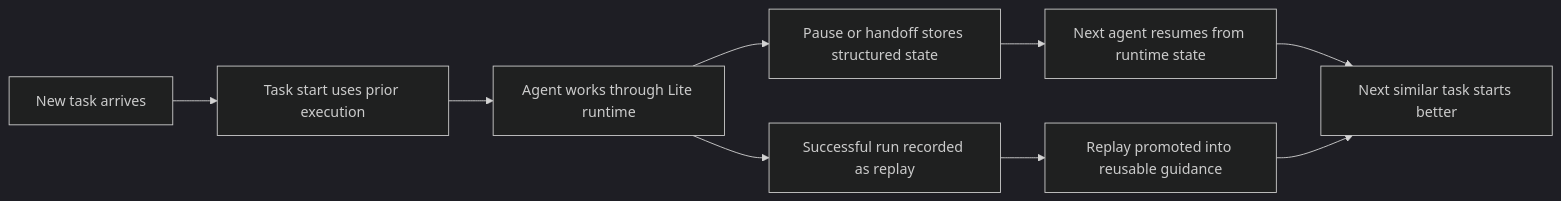
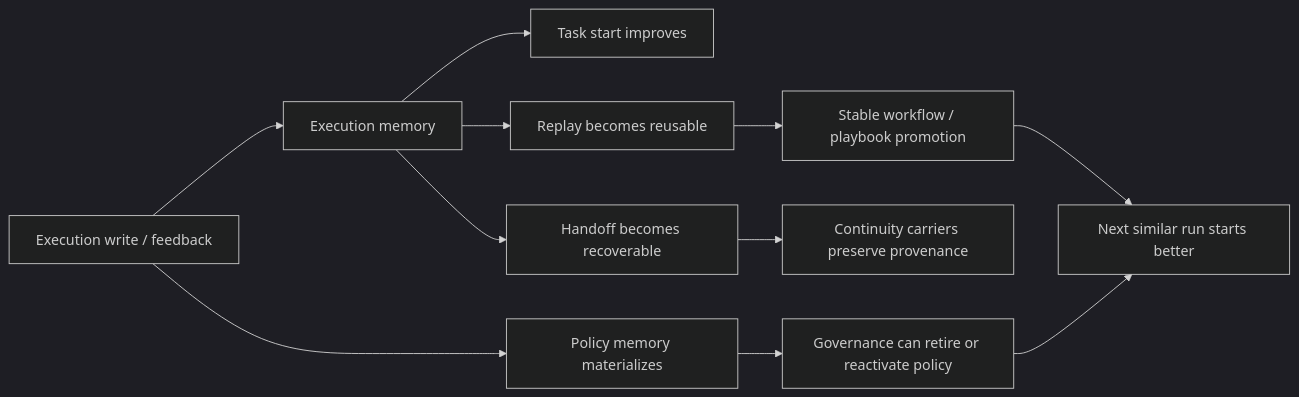
One commit to ostinatocc/AionisCore changed the first of 3 diagrams in apps/docs/index.md. Above: the diagram before and after it, drawn with Mermaid (dark theme). The commit also changed other lines of this file, not shown here.

````diff
--- a/apps/docs/index.md
+++ b/apps/docs/index.md
@@ -194,11 +104,13 @@
 ```mermaid
 flowchart LR
-    A["New task arrives"] --> B["Task start uses prior execution"]
-    B --> C["Agent works through Lite runtime"]
-    C --> D["Pause or handoff stores structured state"]
-    C --> E["Successful run recorded as replay"]
-    D --> F["Next agent resumes from runtime state"]
-    E --> G["Replay promoted into reusable guidance"]
-    F --> H["Next similar task starts better"]
-    G --> H
+    A["Execution write / feedback"] --> B["Execution memory"]
+    B --> C["Task start improves"]
+    B --> D["Handoff becomes recoverable"]
+    B --> E["Replay becomes reusable"]
+    E --> F["Stable workflow / playbook promotion"]
+    D --> G["Continuity carriers preserve provenance"]
+    A --> H["Policy memory materializes"]
+    H --> I["Governance can retire or reactivate policy"]
+    F --> J["Next similar run starts better"]
+    I --> J
 ```
````
